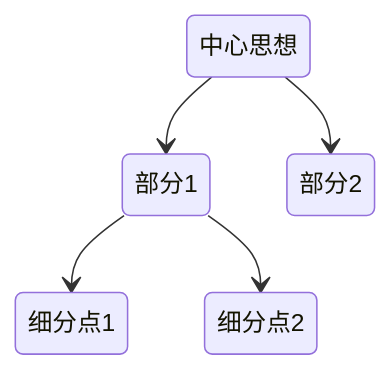
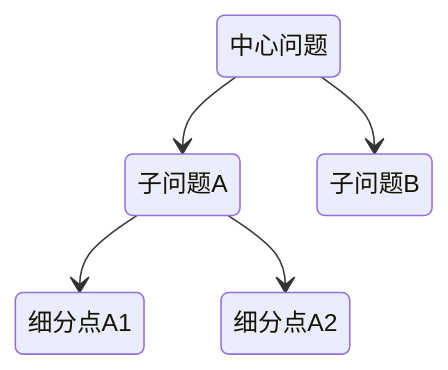
One commit to 0xcaffebabe/note changed the first of 3 diagrams in doc/个人成长/方法论.md. Above: the diagram before and after it, drawn with Mermaid. The commit also changed other lines of this file, not shown here.

````diff
--- a/doc/个人成长/方法论.md
+++ b/doc/个人成长/方法论.md
@@ -15,7 +124,7 @@
 ```mermaid
 stateDiagram-v2
-  中心思想 --> 部分1
-  中心思想 --> 部分2
-  部分1 --> 细分点1
-  部分1 --> 细分点2
+中心问题 --> 子问题A
+中心问题 --> 子问题B
+子问题A --> 细分点A1
+子问题A --> 细分点A2
 ```
````
